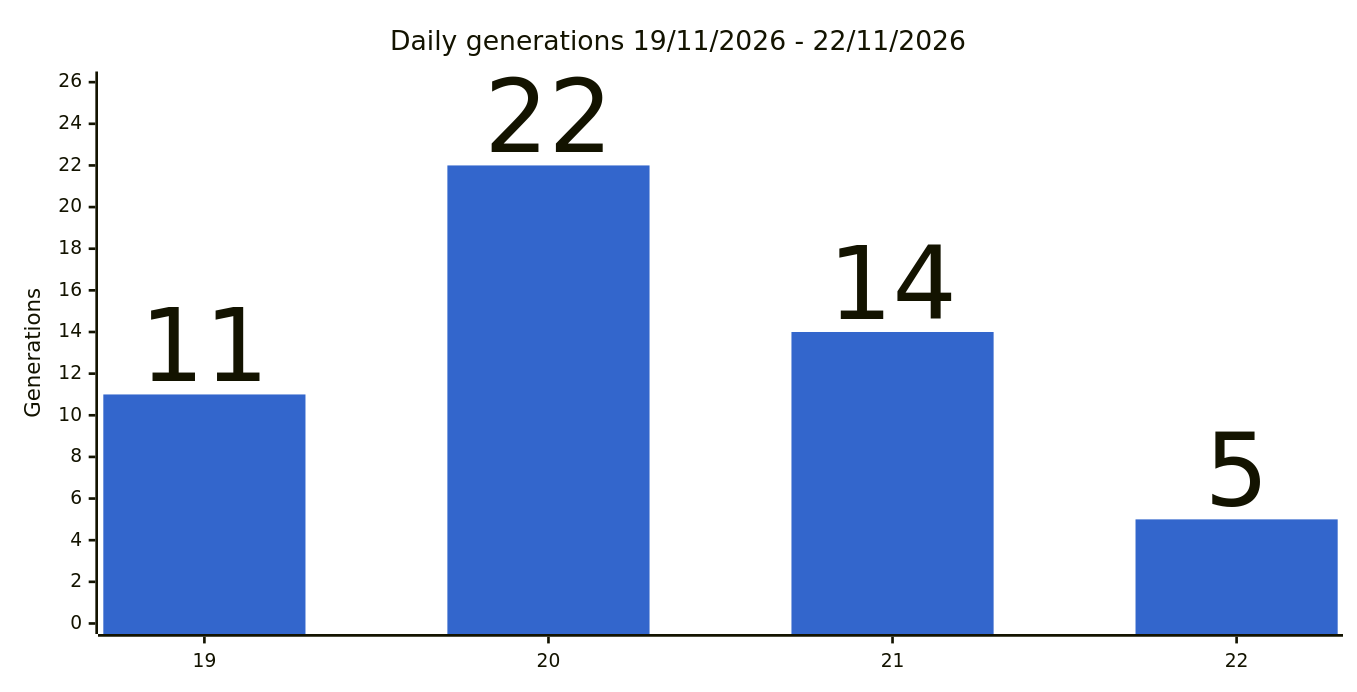
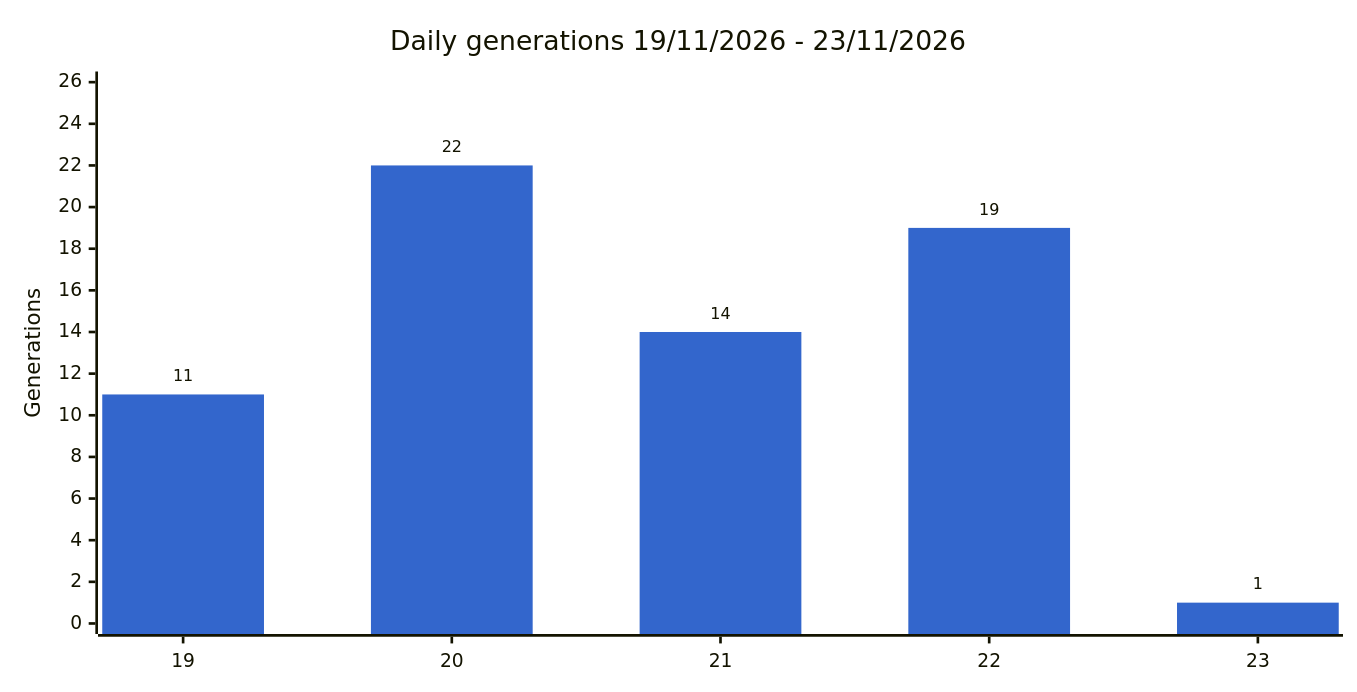
The second of 4 diagrams in docs/stats.md (gmoulard/wikipedia2book), drawn with Mermaid before and after one commit. The commit also changed other lines of this file and 3 other files, not shown here.

````diff
--- a/docs/stats.md
+++ b/docs/stats.md
@@ -32,8 +32,8 @@
 ```mermaid
 %%{init: {"xyChart": {"width": 1000, "showDataLabel": true, "showDataLabelOutsideBar": true}, "themeVariables": {"xyChart": {"plotColorPalette": "#3366cc"}}}}%%
 xychart-beta
-    title "Daily generations 19/11/2026 - 22/11/2026"
-    x-axis ["19", "20", "21", "22"]
+    title "Daily generations 19/11/2026 - 23/11/2026"
+    x-axis ["19", "20", "21", "22", "23"]
     y-axis "Generations" 0 --> 26
-    bar [11, 22, 14, 5]
+    bar [11, 22, 14, 19, 1]
 ```
````
